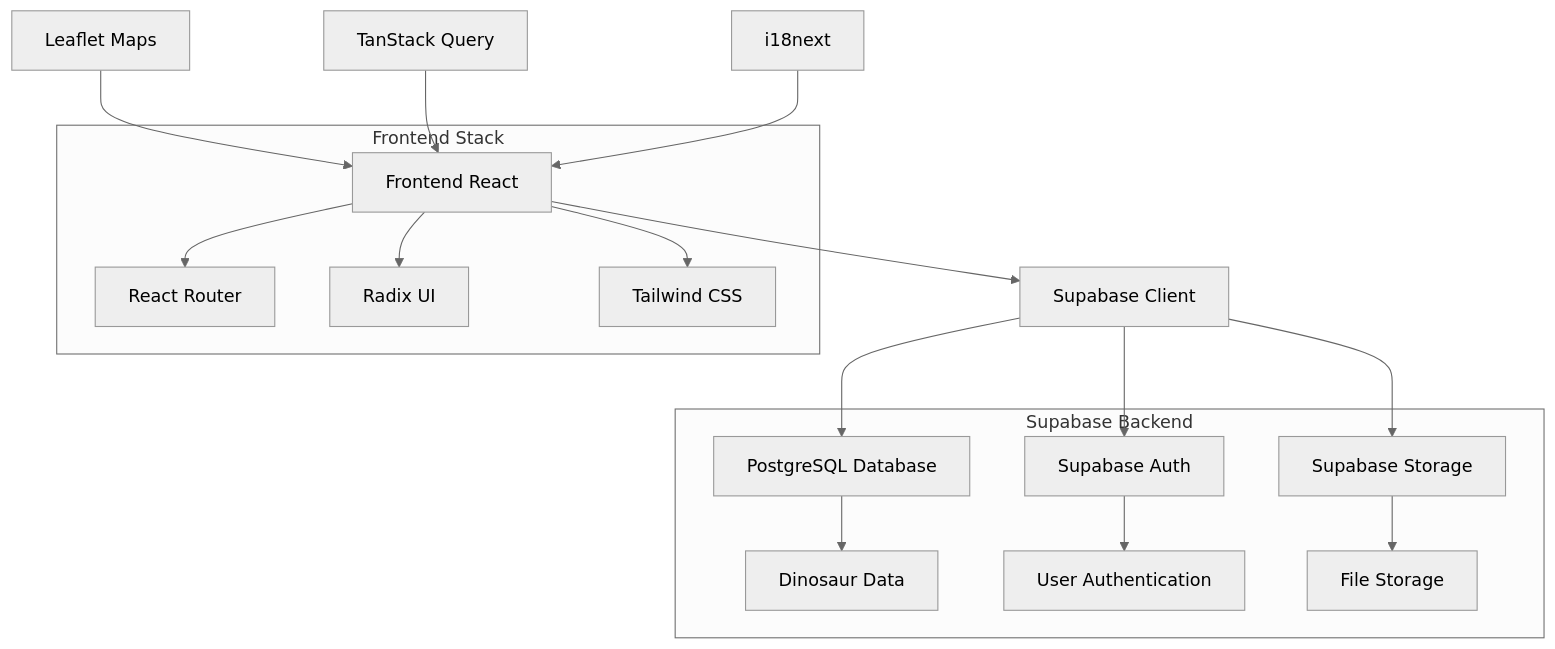
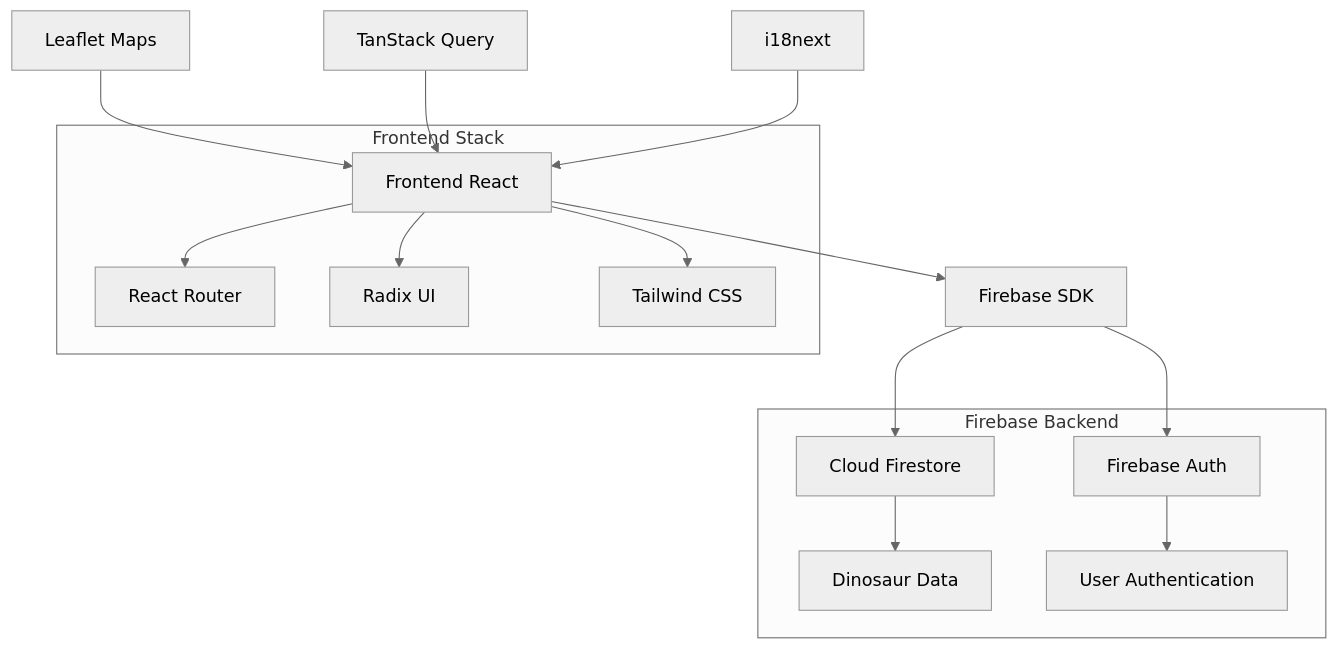
One commit to ensinho/dino-library changed the diagram in README.md. Above: the diagram before and after it, drawn with Mermaid (neutral theme). The commit also changed other lines of this file and 46 other files, not shown here.

````diff
--- a/README.md
+++ b/README.md
@@ -91,23 +89,21 @@
 ```mermaid
 graph TB
-    A[Frontend React] --> B[Supabase Client]
-    B --> C[PostgreSQL Database]
-    B --> D[Supabase Auth]
-    B --> E[Supabase Storage]
+    A[Frontend React] --> B[Firebase SDK]
+    B --> C[Cloud Firestore]
+    B --> D[Firebase Auth]
     
     F[Leaflet Maps] --> A
     G[TanStack Query] --> A
     H[i18next] --> A
     
-    subgraph "Supabase Backend"
+    subgraph "Firebase Backend"
         C --> I[Dinosaur Data]
         D --> J[User Authentication]
-        E --> K[File Storage]
     end
     
     subgraph "Frontend Stack"
         A --> L[React Router]
         A --> M[Radix UI]
         A --> N[Tailwind CSS]
     end
 ```
````
